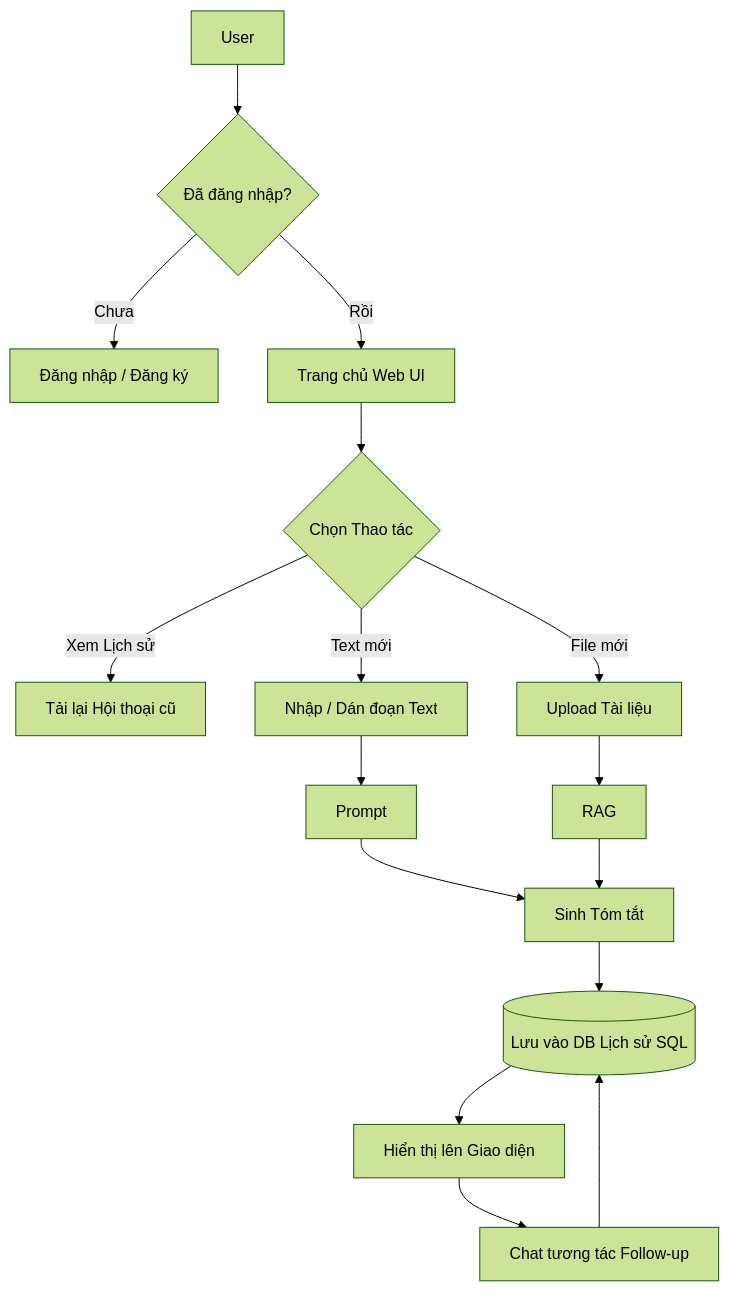
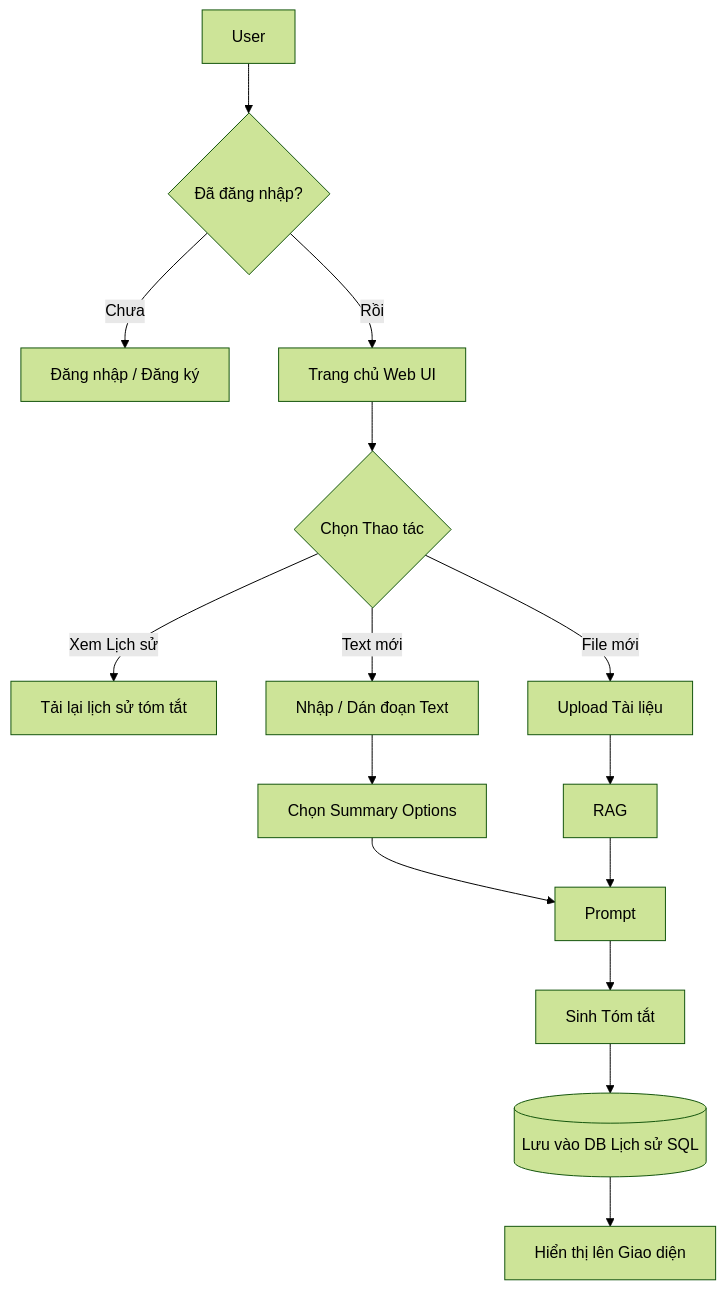
Before and after one commit to kienng221105/Summarize-Vietnamese-Text: the third of 7 diagrams in README.md, drawn with Mermaid (forest theme). The commit also changed other lines of this file and 42 other files, not shown here.

Commit message:
Update folder structure, remove chat feature, update architecture

````diff
--- a/README.md
+++ b/README.md
@@ -137,35 +84,31 @@
 ```mermaid
-
 flowchart TD
 
-  U[User] --> L{Đã đăng nhập?}
+  U[User] --> L{Đã đăng nhập?}
 
-  L -->|Chưa| Login[Đăng nhập / Đăng ký]
+  L -->|Chưa| Login[Đăng nhập / Đăng ký]
 
-  L -->|Rồi| Main[Trang chủ Web UI]
+  L -->|Rồi| Main[Trang chủ Web UI]
 
-  Main --> Action{Chọn Thao tác}
+  Main --> Action{Chọn Thao tác}
 
-  Action -->|Xem Lịch sử| Hist[Tải lại Hội thoại cũ]
+  Action -->|Xem Lịch sử| Hist[Tải lại lịch sử tóm tắt]
 
-  Action -->|Text mới| T[Nhập / Dán đoạn Text]
+  Action -->|Text mới| T[Nhập / Dán đoạn Text]
 
-  Action -->|File mới| F[Upload Tài liệu]
+  Action -->|File mới| F[Upload Tài liệu]
 
-  T --> Process[Prompt]
+  T --> Options[Chọn Summary Options]
 
-  F --> Document[RAG]
+  F --> Document[RAG]
 
-  Process --> Gen[Sinh Tóm tắt]
+  Options --> Process[Prompt]
 
-  Document --> Gen
+  Document --> Process
 
-  Gen --> Save[(Lưu vào DB Lịch sử SQL)]
+  Process --> Gen[Sinh Tóm tắt]
 
-  Save --> UI[Hiển thị lên Giao diện]
+  Gen --> Save[(Lưu vào DB Lịch sử SQL)]
 
-  UI --> Chat[Chat tương tác Follow-up]
-
-  Chat --> Save
-
+  Save --> UI[Hiển thị lên Giao diện]
 ```
````
